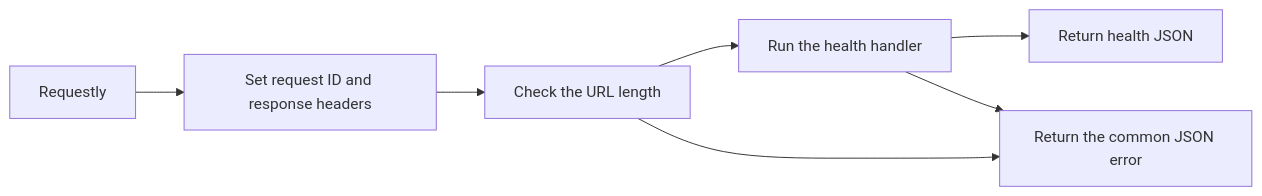
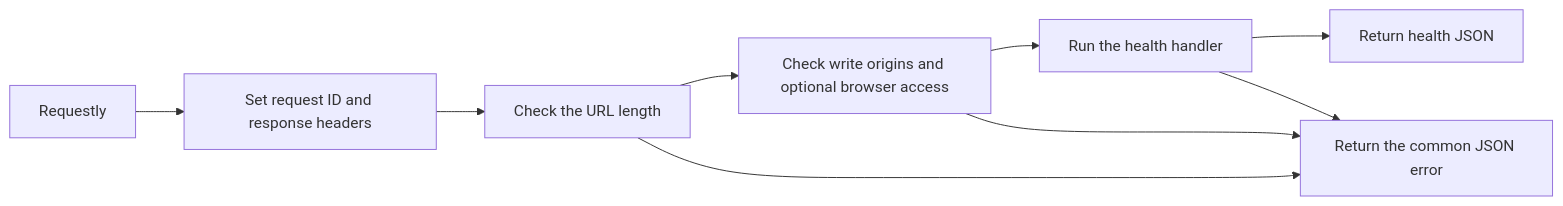
Before and after one commit to jaminwebdev/hono-drizzle-api: the diagram in docs/api.md, drawn with Mermaid. The commit also changed other lines of this file and 11 other files, not shown here.

Commit message:
enforce request origins and browser access policy

````diff
--- a/docs/api.md
+++ b/docs/api.md
@@ -50,9 +70,11 @@
 ```mermaid
 flowchart LR
     Client[Requestly] --> Shared[Set request ID and response headers]
     Shared --> Limit[Check the URL length]
-    Limit --> Route[Run the health handler]
+    Limit --> Origin[Check write origins and optional browser access]
+    Origin --> Route[Run the health handler]
     Route --> Success[Return health JSON]
     Limit --> Error[Return the common JSON error]
+    Origin --> Error
     Route --> Error
 ```
````
